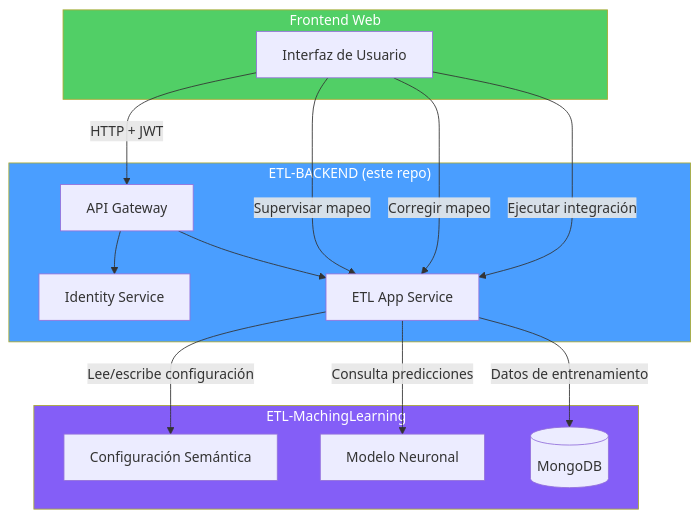
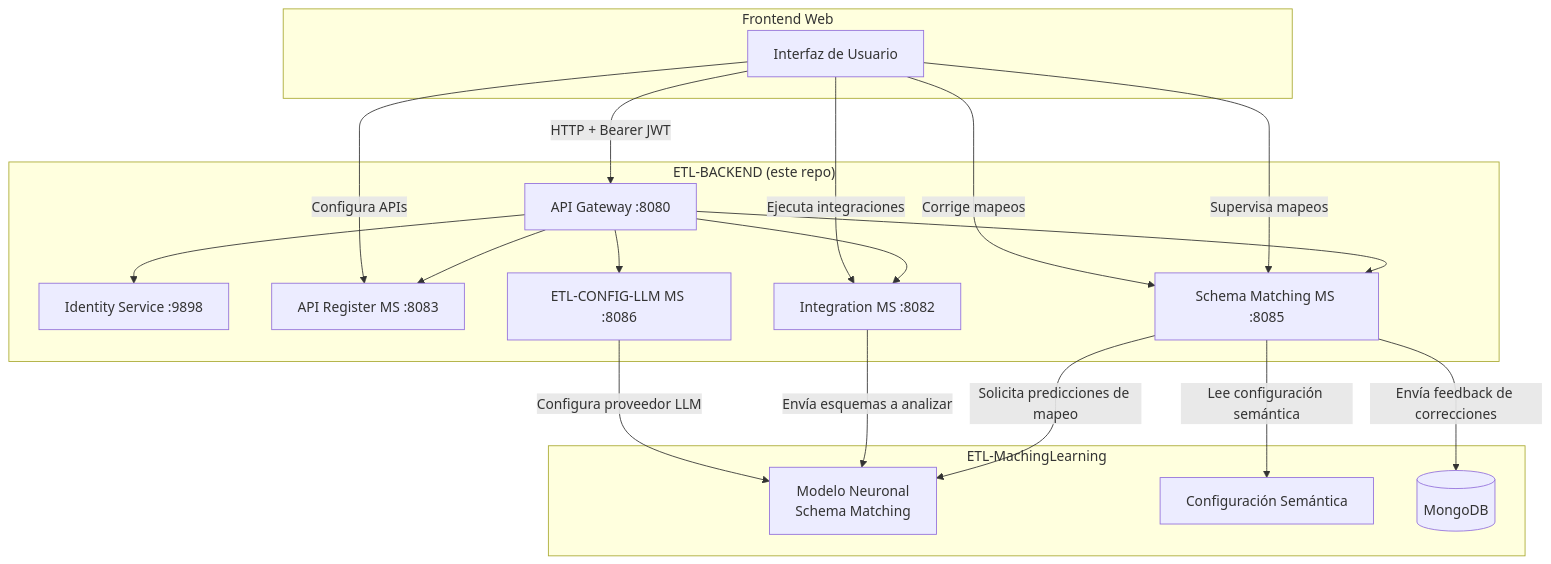
The seventh of 7 diagrams in README.md (ByAncort/ETL-BACKEND), drawn with Mermaid before and after one commit. The commit also changed other lines of this file, not shown here.

````diff
--- a/README.md
+++ b/README.md
@@ -346,34 +636,39 @@
 ```mermaid
 graph TB
-    subgraph Backend["ETL-BACKEND (este repo)"]
-        GW["API Gateway"]
-        AUTH["Identity Service"]
-        APP["ETL App Service"]
-    end
-
     subgraph Frontend["Frontend Web"]
         UI["Interfaz de Usuario"]
     end
 
-    subgraph ML["ETL-MachingLearning"]
-        SEM["Configuración Semántica"]
-        MODEL["Modelo Neuronal"]
-        MDB[(MongoDB)]
+    subgraph Backend["ETL-BACKEND (este repo)"]
+        GW["API Gateway :8080"]
+        AUTH["Identity Service :9898"]
+        AR["API Register MS :8083"]
+        INT["Integration MS :8082"]
+        SM["Schema Matching MS :8085"]
+        LLM["ETL-CONFIG-LLM MS :8086"]
     end
 
-    UI -->|"HTTP + JWT"| GW
+    subgraph ML["ETL-MachingLearning"]
+        MODEL["Modelo Neuronal\nSchema Matching"]
+        SEM["Configuración Semántica"]
+        MDB[("MongoDB")]
+    end
+
+    UI -->|"HTTP + Bearer JWT"| GW
     GW --> AUTH
-    GW --> APP
+    GW --> AR
+    GW --> INT
+    GW --> SM
+    GW --> LLM
 
-    APP -->|"Consulta predicciones"| MODEL
-    APP -->|"Lee/escribe configuración"| SEM
-    APP -->|"Datos de entrenamiento"| MDB
+    SM  -->|"Solicita predicciones de mapeo"| MODEL
+    INT -->|"Envía esquemas a analizar"| MODEL
+    SM  -->|"Lee configuración semántica"| SEM
+    SM  -->|"Envía feedback de correcciones"| MDB
+    LLM -->|"Configura proveedor LLM"| MODEL
 
-    UI -->|"Supervisar mapeo"| APP
-    UI -->|"Corregir mapeo"| APP
-    UI -->|"Ejecutar integración"| APP
-
-    style Backend fill:#4a9eff,color:#fff
-    style ML fill:#845ef7,color:#fff
-    style Frontend fill:#51cf66,color:#fff
+    UI -->|"Supervisa mapeos"| SM
+    UI -->|"Corrige mapeos"| SM
+    UI -->|"Ejecuta integraciones"| INT
+    UI -->|"Configura APIs"| AR
 ```
````
